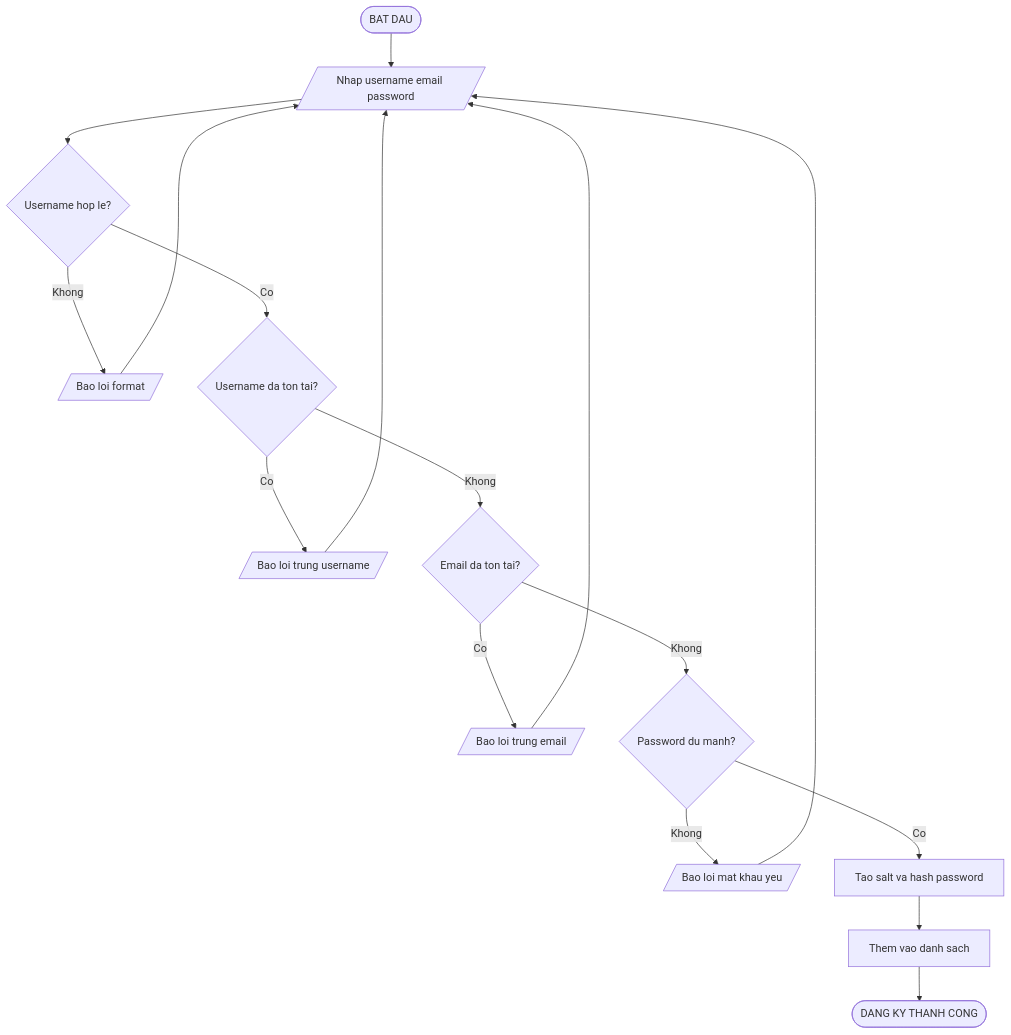
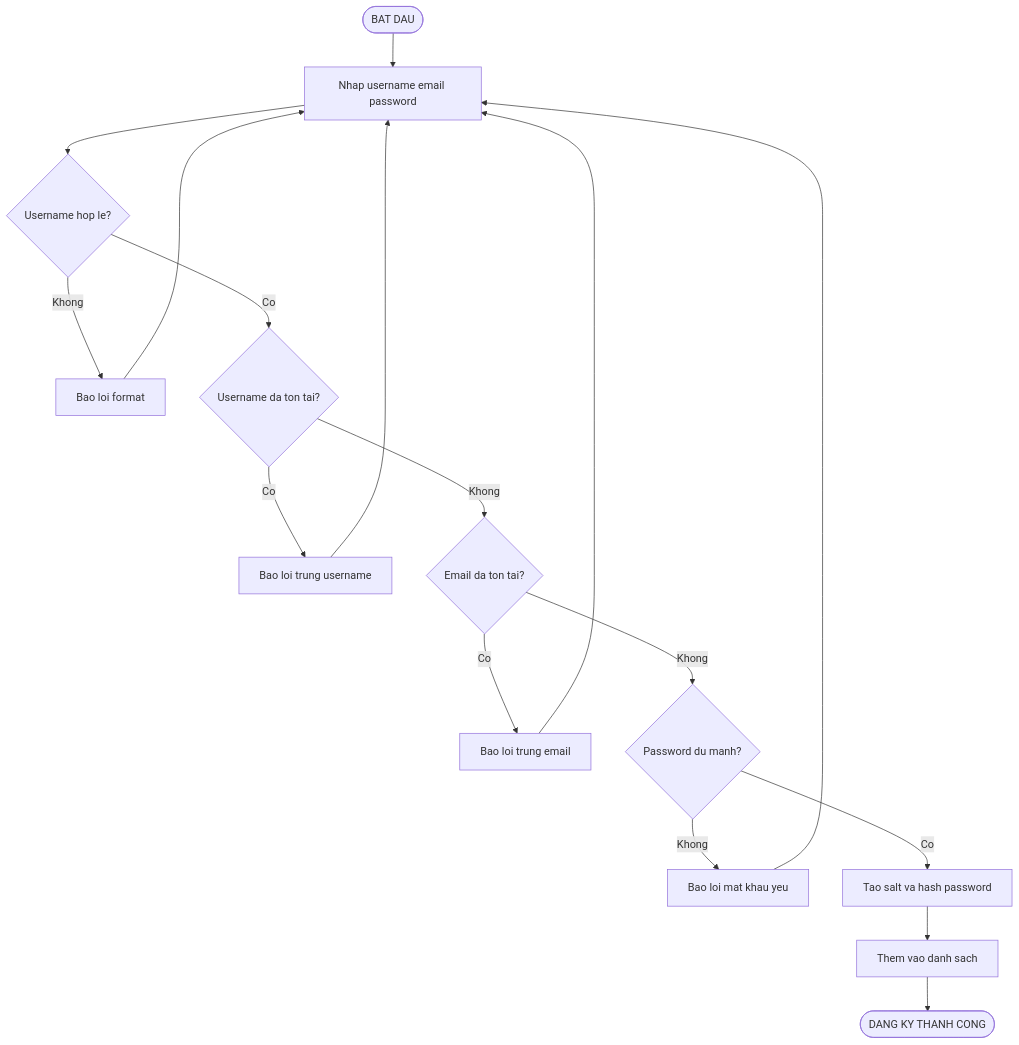
Before and after one commit to phucphuc2006/pro-192: the third of 20 diagrams in docs/Flowcharts/Flowcharts.md, drawn with Mermaid. The commit also changed other lines of this file, not shown here.

Commit message:
Fix Mermaid: remove parallelogram syntax for GitHub

````diff
--- a/docs/Flowcharts/Flowcharts.md
+++ b/docs/Flowcharts/Flowcharts.md
@@ -59,19 +58,19 @@
 ```mermaid
 flowchart TD
-    A([BAT DAU]) --> B[/Nhap username email password/]
+    A([BAT DAU]) --> B[Nhap username email password]
     B --> C{Username hop le?}
-    C -->|Khong| D[/Bao loi format/]
+    C -->|Khong| D[Bao loi format]
     D --> B
     C -->|Co| E{Username da ton tai?}
-    E -->|Co| F[/Bao loi trung username/]
+    E -->|Co| F[Bao loi trung username]
     F --> B
     E -->|Khong| G{Email da ton tai?}
-    G -->|Co| H[/Bao loi trung email/]
+    G -->|Co| H[Bao loi trung email]
     H --> B
     G -->|Khong| I{Password du manh?}
-    I -->|Khong| J[/Bao loi mat khau yeu/]
+    I -->|Khong| J[Bao loi mat khau yeu]
     J --> B
     I -->|Co| K[Tao salt va hash password]
     K --> L[Them vao danh sach]
     L --> M([DANG KY THANH CONG])
 ```
````
